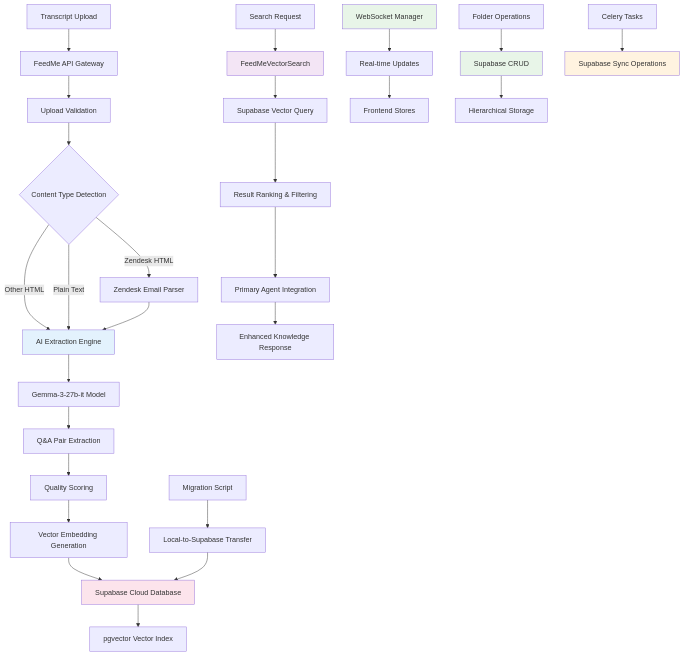
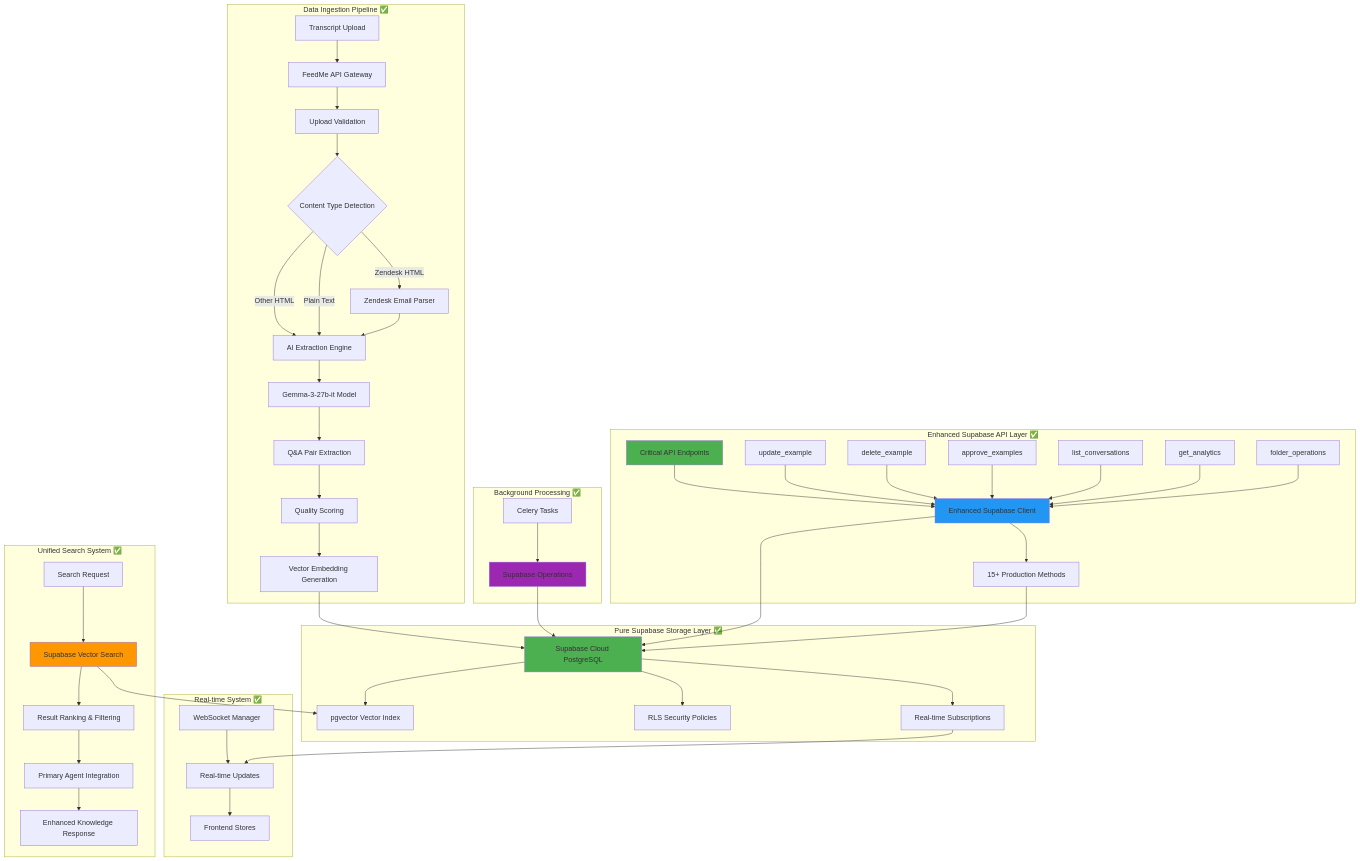
Before and after one commit to moonshubh/Agent_Sparrow: the second of 5 diagrams in main_feature_docs/feedme/feedme_manager_dev_guide.md, drawn with Mermaid. The commit also changed other lines of this file and 61 other files, not shown here.

````diff
--- a/main_feature_docs/feedme/feedme_manager_dev_guide.md
+++ b/main_feature_docs/feedme/feedme_manager_dev_guide.md
@@ -94,49 +132,64 @@
 ```mermaid
 graph TB
-    A[Transcript Upload] --> B[FeedMe API Gateway]
-    B --> C[Upload Validation]
-    C --> D{Content Type Detection}
-    D -->|Zendesk HTML| E1[Zendesk Email Parser]
-    D -->|Other HTML| E2[AI Extraction Engine]
-    D -->|Plain Text| E2
+    subgraph "Data Ingestion Pipeline ✅"
+        A[Transcript Upload] --> B[FeedMe API Gateway]
+        B --> C[Upload Validation]
+        C --> D{Content Type Detection}
+        D -->|Zendesk HTML| E1[Zendesk Email Parser]
+        D -->|Other HTML| E2[AI Extraction Engine]
+        D -->|Plain Text| E2
+        
+        E1 --> E2
+        E2 --> F[Gemma-3-27b-it Model]
+        F --> G[Q&A Pair Extraction]
+        G --> H[Quality Scoring]
+        H --> I[Vector Embedding Generation]
+    end
     
-    E1 --> E2
-    E2 --> F[Gemma-3-27b-it Model]
-    F --> G[Q&A Pair Extraction]
-    G --> H[Quality Scoring]
-    H --> I[Vector Embedding Generation]
+    subgraph "Pure Supabase Storage Layer ✅"
+        I --> J[Supabase Cloud PostgreSQL]
+        J --> K[pgvector Vector Index]
+        J --> L[RLS Security Policies]
+        J --> M[Real-time Subscriptions]
+    end
     
-    %% Direct Supabase Storage
-    I --> J[Supabase Cloud Database]
-    J --> K[pgvector Vector Index]
+    subgraph "Enhanced Supabase API Layer ✅"
+        N[Enhanced Supabase Client] --> O[15+ Production Methods]
+        P[Critical API Endpoints] --> N
+        P1[update_example] --> N
+        P2[delete_example] --> N
+        P3[approve_examples] --> N
+        P4[list_conversations] --> N
+        P5[get_analytics] --> N
+        P6[folder_operations] --> N
+    end
     
-    %% Unified Search System
-    L[Search Request] --> M[FeedMeVectorSearch]
-    M --> N[Supabase Vector Query]
-    N --> O[Result Ranking & Filtering]
+    subgraph "Unified Search System ✅"
+        Q[Search Request] --> R[Supabase Vector Search]
+        R --> K
+        R --> S[Result Ranking & Filtering]
+        S --> T[Primary Agent Integration]
+        T --> U[Enhanced Knowledge Response]
+    end
     
-    O --> P[Primary Agent Integration]
-    P --> Q[Enhanced Knowledge Response]
+    subgraph "Real-time System ✅"
+        V[WebSocket Manager] --> W[Real-time Updates]
+        W --> X[Frontend Stores]
+        M --> W
+    end
     
-    %% Real-time System
-    R[WebSocket Manager] --> S[Real-time Updates]
-    S --> T[Frontend Stores]
+    subgraph "Background Processing ✅"
+        Y[Celery Tasks] --> Z[Supabase Operations]
+        Z --> J
+    end
     
-    %% Folder Management
-    U[Folder Operations] --> V[Supabase CRUD]
-    V --> W[Hierarchical Storage]
+    %% Connections
+    N --> J
+    O --> J
     
-    %% Background Processing
-    X[Celery Tasks] --> Y[Supabase Sync Operations]
-    
-    %% Migration Support
-    Z[Migration Script] --> AA[Local-to-Supabase Transfer]
-    AA --> J
-    
-    style E2 fill:#e3f2fd
-    style M fill:#f3e5f5
-    style R fill:#e8f5e8
-    style J fill:#fce4ec
-    style V fill:#e8f5e8
-    style Y fill:#fff3e0
+    style J fill:#4CAF50
+    style N fill:#2196F3
+    style R fill:#FF9800
+    style P fill:#4CAF50
+    style Z fill:#9C27B0
 ```
````
